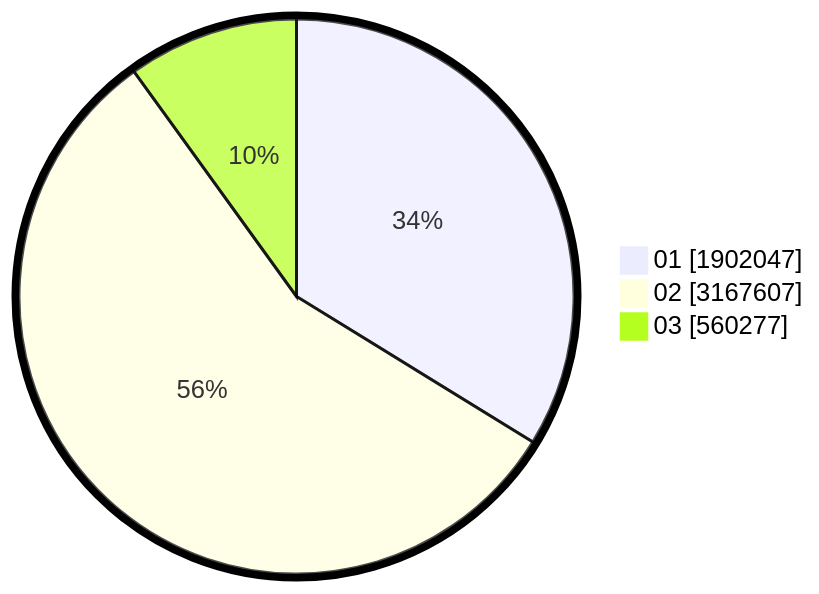
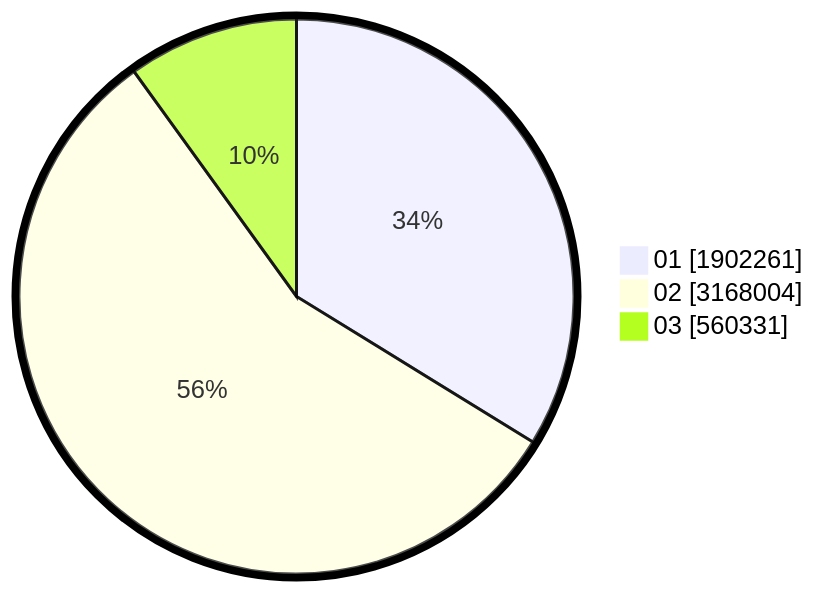
The second of 2 diagrams in pilpres/hitung-suara/sub/table-wilayah-36.md (gigit-pemilu/pemilu-2024), drawn with Mermaid before and after one commit. The commit also changed other lines of this file and 9 other files, not shown here.

````diff
--- a/pilpres/hitung-suara/sub/table-wilayah-36.md
+++ b/pilpres/hitung-suara/sub/table-wilayah-36.md
@@ -15,7 +15,7 @@
 ```mermaid
 %%{init: {"pie": {"textPosition": 0.5}, "themeVariables": {"pieOuterStrokeWidth": "5px"}} }%%
 pie showData
-    "01" : 1902047
-    "02" : 3167607
-    "03" : 560277
+    "01" : 1902261
+    "02" : 3168004
+    "03" : 560331
 ```
````
